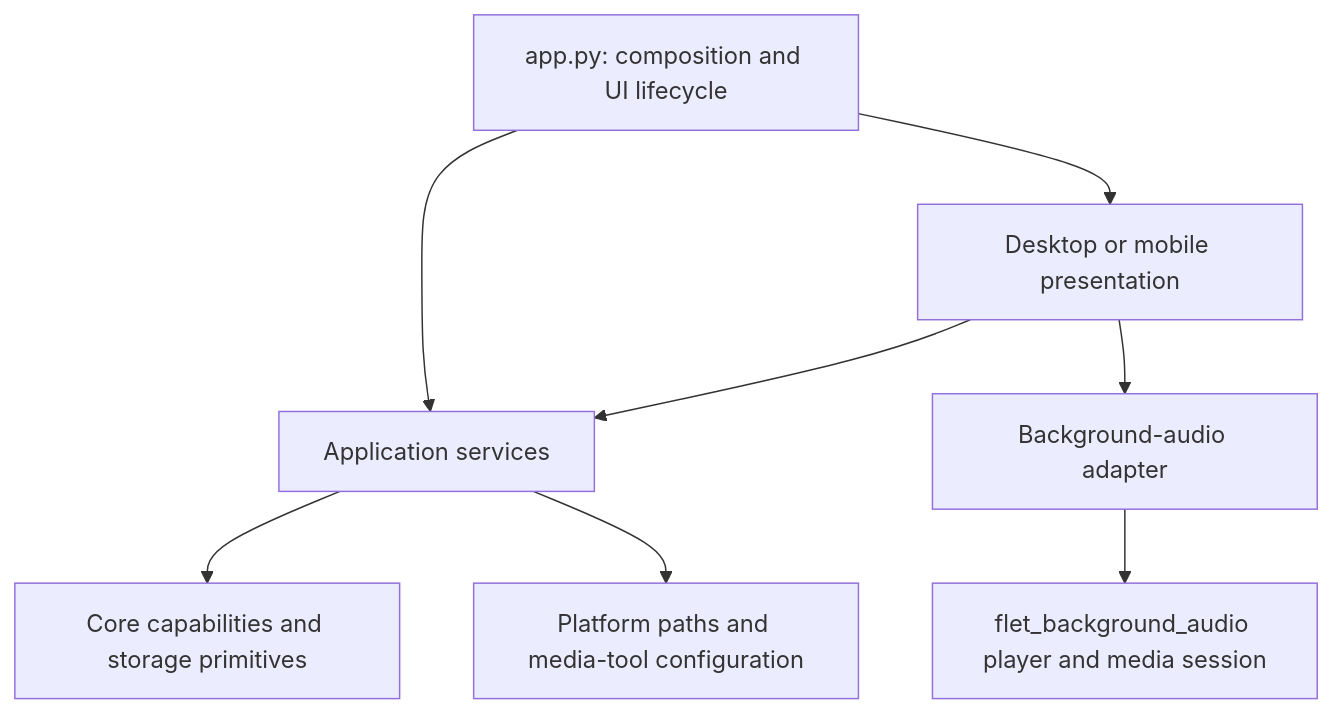
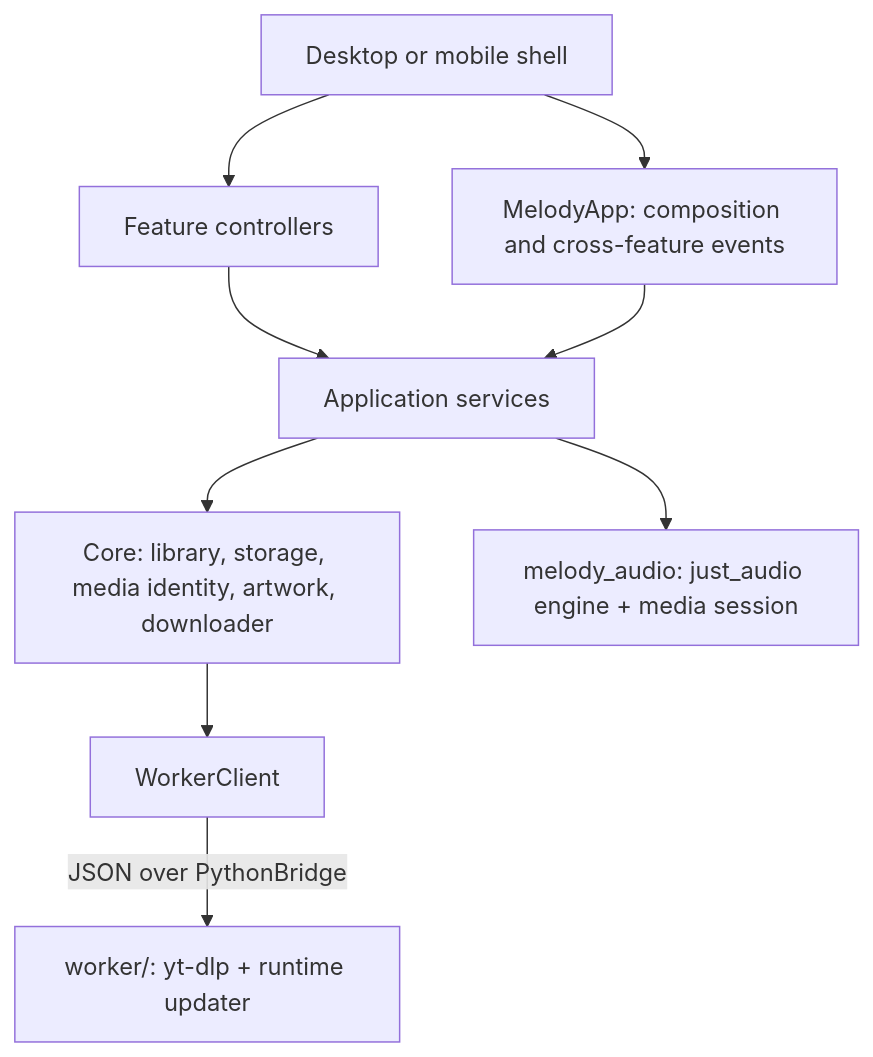
The diagram in docs/architecture.md (ThanapatFungpharit/melody-player), drawn with Mermaid before and after one commit. The commit also changed other lines of this file and 145 other files, not shown here.

First line of the commit message:
Replace the Flet app and build wrappers with Flutter tooling

````diff
--- a/docs/architecture.md
+++ b/docs/architecture.md
@@ -8,10 +11,11 @@
 ```mermaid
 flowchart TD
-    App[app.py: composition and UI lifecycle] --> UI[Desktop or mobile presentation]
-    App --> Application[Application services]
-    UI --> Application
-    Application --> Core[Core capabilities and storage primitives]
-    Application --> Platform[Platform paths and media-tool configuration]
-    UI --> Audio[Background-audio adapter]
-    Audio --> Native[flet_background_audio player and media session]
+    Shell[Desktop or mobile shell] --> Controllers[Feature controllers]
+    Shell --> AppState[MelodyApp: composition and cross-feature events]
+    Controllers --> Services[Application services]
+    AppState --> Services
+    Services --> Core[Core: library, storage, media identity, artwork, downloader]
+    Services --> Audio[melody_audio: just_audio engine + media session]
+    Core --> Worker[WorkerClient]
+    Worker -->|JSON over PythonBridge| Python[worker/: yt-dlp + runtime updater]
 ```
````
